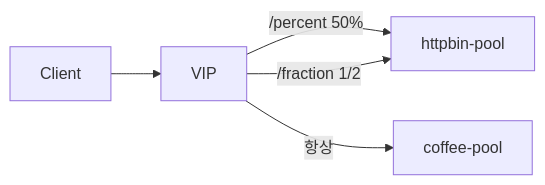
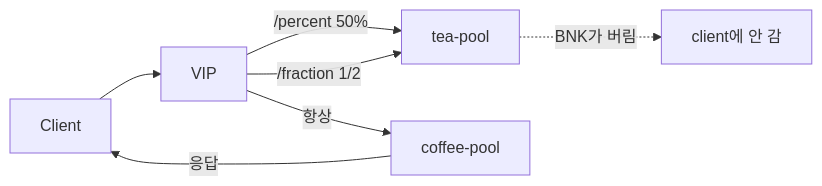
One commit to mink0119/2609_f5bnk changed the diagram in HTTP_Routing/2.28_HTTPRequestMirror_Percent/README.md. Above: the diagram before and after it, drawn with Mermaid. The commit also changed other lines of this file and 15 other files, not shown here.

````diff
--- a/HTTP_Routing/2.28_HTTPRequestMirror_Percent/README.md
+++ b/HTTP_Routing/2.28_HTTPRequestMirror_Percent/README.md
@@ -5,7 +5,9 @@
 ```mermaid
 flowchart LR
   C[Client] --> VIP[VIP]
-  VIP -->|/percent 50%| M[httpbin-pool]
+  VIP -->|/percent 50%| M[tea-pool]
   VIP -->|/fraction 1/2| M
   VIP -->|항상| P1[coffee-pool]
+  P1 -->|응답| C
+  M -.->|BNK가 버림| X[client에 안 감]
 ```
````
